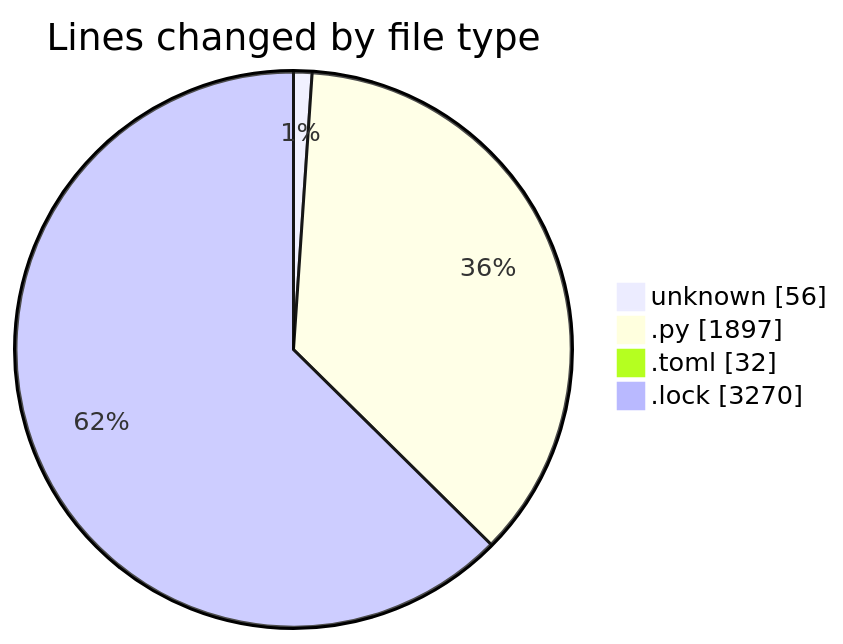
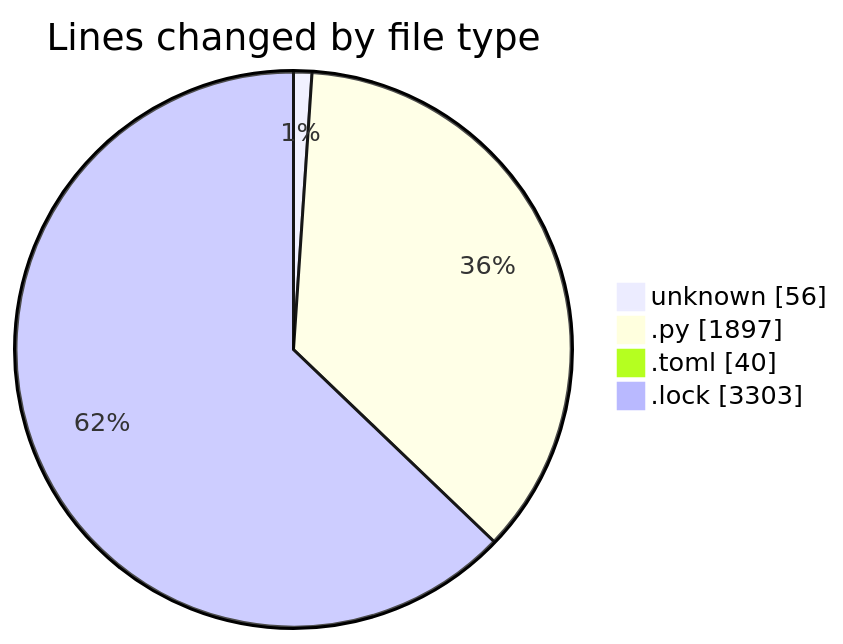
One commit to julien-gomy/code-tracking changed the first of 2 diagrams in 2025-11-26/eventscop-api-guide__workspace_/README.md. Above: the diagram before and after it, drawn with Mermaid. The commit also changed other lines of this file and 1 other file, not shown here.

````diff
--- a/2025-11-26/eventscop-api-guide__workspace_/README.md
+++ b/2025-11-26/eventscop-api-guide__workspace_/README.md
@@ -27,8 +27,8 @@
 ```mermaid
 pie showData
 title Lines changed by file type
 "unknown" : 56
 ".py" : 1897
-".toml" : 32
-".lock" : 3270
+".toml" : 40
+".lock" : 3303
 ```
````
